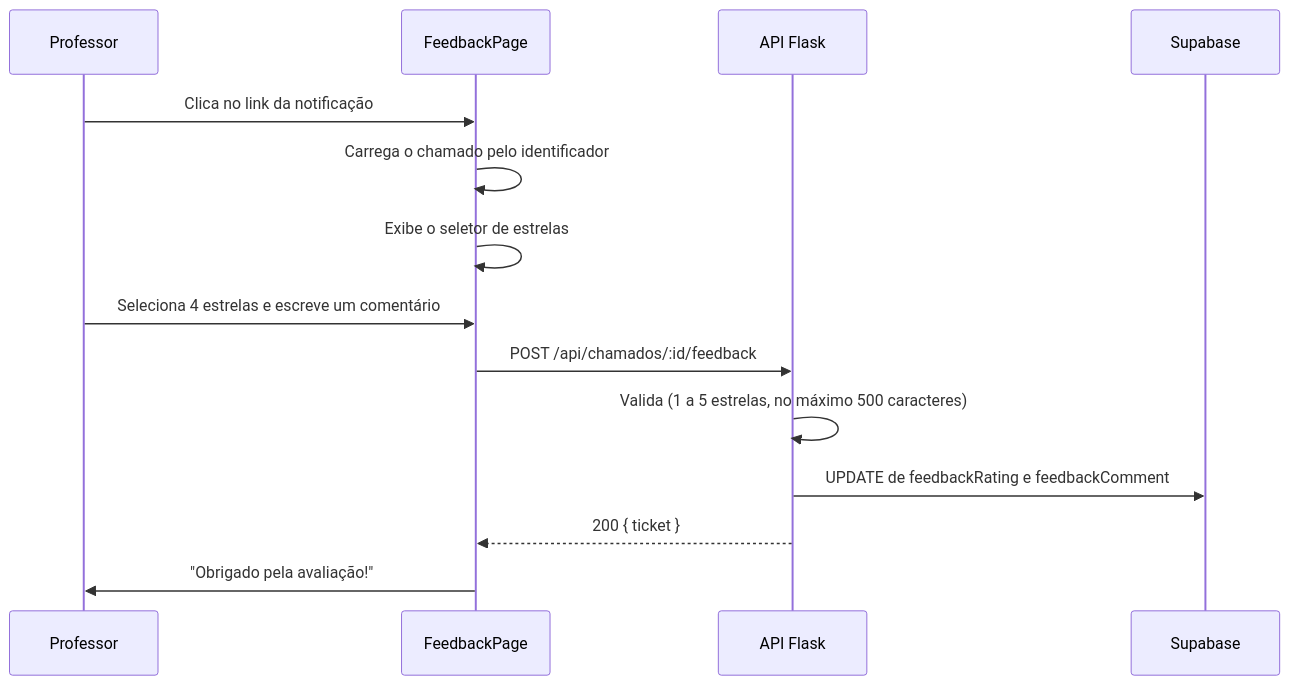
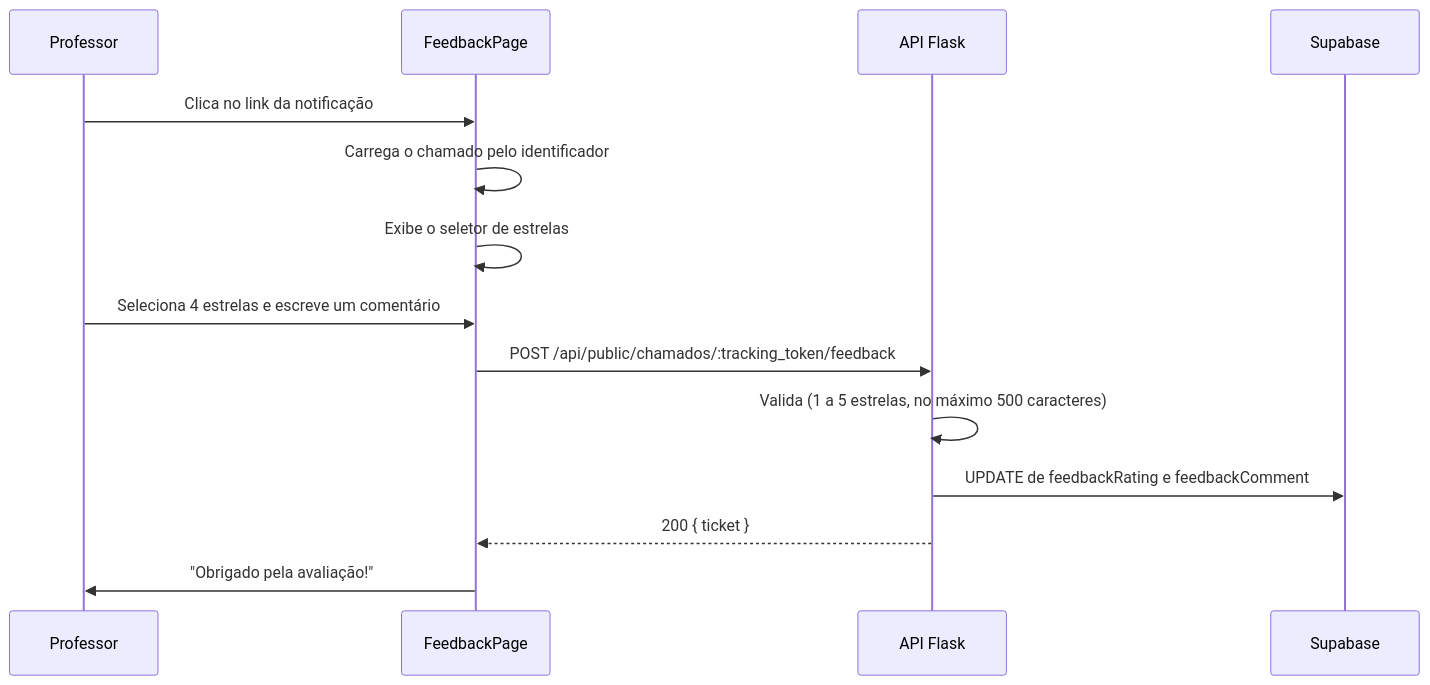
One commit to vihisantos/LabHub changed the fourth of 5 diagrams in docs/apps/chamados/workflows.md. Above: the diagram before and after it, drawn with Mermaid. The commit also changed other lines of this file and 11 other files, not shown here.

First line of the commit message:
docs: adiciona diagramas e capturas e congela a estrutura da documentacao

````diff
--- a/docs/apps/chamados/workflows.md
+++ b/docs/apps/chamados/workflows.md
@@ -58,17 +76,17 @@
 ```mermaid
 sequenceDiagram
     participant P as Professor
     participant FB as FeedbackPage
     participant API as API Flask
     participant DB as Supabase
 
     P->>FB: Clica no link da notificação
     FB->>FB: Carrega o chamado pelo identificador
     FB->>FB: Exibe o seletor de estrelas
     P->>FB: Seleciona 4 estrelas e escreve um comentário
-    FB->>API: POST /api/chamados/:id/feedback
+    FB->>API: POST /api/public/chamados/:tracking_token/feedback
     API->>API: Valida (1 a 5 estrelas, no máximo 500 caracteres)
     API->>DB: UPDATE de feedbackRating e feedbackComment
     API-->>FB: 200 { ticket }
     FB->>P: "Obrigado pela avaliação!"
 ```
````
